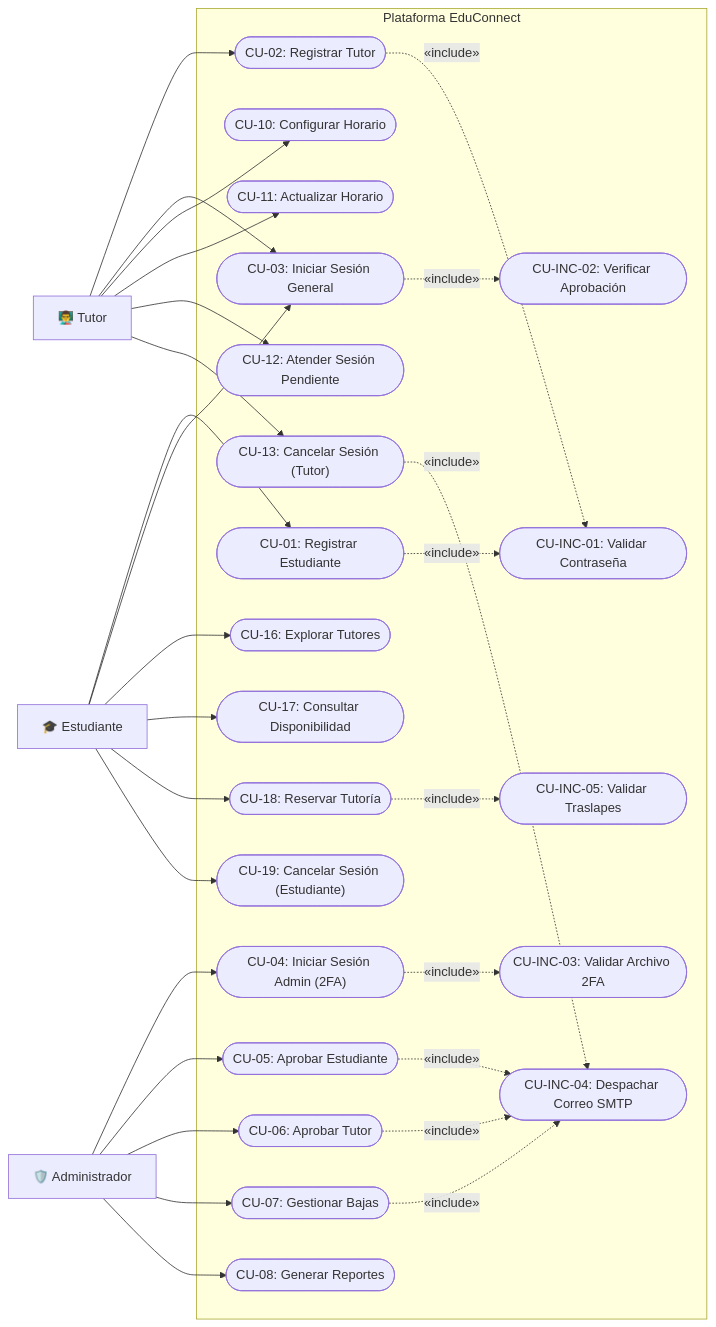
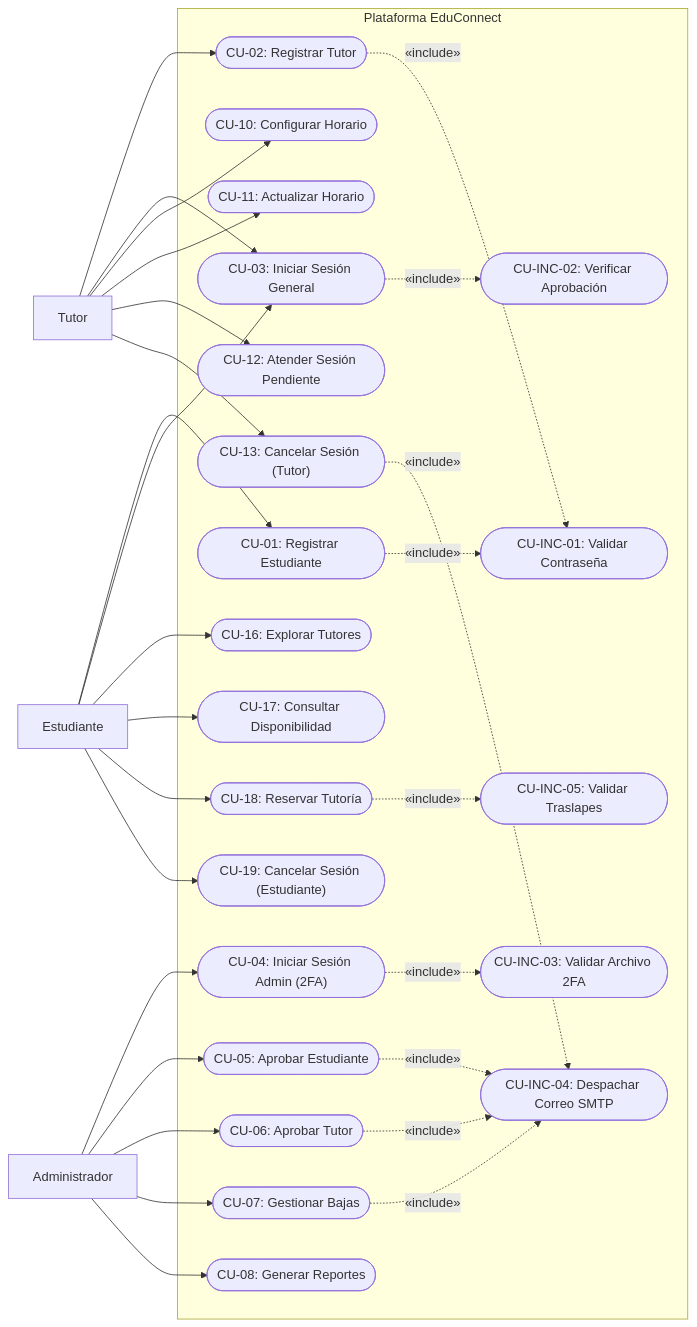
The fourth of 8 diagrams in docs/casos-de-uso/diagrama-casos-de-uso.md (Sebastian-G-0607/AYD1_2S_G7), drawn with Mermaid before and after one commit. The commit also changed other lines of this file, not shown here.

Commit message:
fix: eliminar emojis e iconos del markdown de diagramas de casos de uso

````diff
--- a/docs/casos-de-uso/diagrama-casos-de-uso.md
+++ b/docs/casos-de-uso/diagrama-casos-de-uso.md
@@ -107,64 +107,64 @@
 ```mermaid
 flowchart LR
-    Est["🎓 Estudiante"]
-    Tut["👨‍🏫 Tutor"]
-    Adm["🛡️ Administrador"]
+    Est["Estudiante"]
+    Tut["Tutor"]
+    Adm["Administrador"]
 
     subgraph Sistema ["Plataforma EduConnect"]
         CU01(["CU-01: Registrar Estudiante"])
         CU02(["CU-02: Registrar Tutor"])
         CU03(["CU-03: Iniciar Sesión General"])
         CU04(["CU-04: Iniciar Sesión Admin (2FA)"])
 
         CU10(["CU-10: Configurar Horario"])
         CU11(["CU-11: Actualizar Horario"])
         CU12(["CU-12: Atender Sesión Pendiente"])
         CU13(["CU-13: Cancelar Sesión (Tutor)"])
 
         CU16(["CU-16: Explorar Tutores"])
         CU17(["CU-17: Consultar Disponibilidad"])
         CU18(["CU-18: Reservar Tutoría"])
         CU19(["CU-19: Cancelar Sesión (Estudiante)"])
 
         CU05(["CU-05: Aprobar Estudiante"])
         CU06(["CU-06: Aprobar Tutor"])
         CU07(["CU-07: Gestionar Bajas"])
         CU08(["CU-08: Generar Reportes"])
 
         INC_PASS(["CU-INC-01: Validar Contraseña"])
         INC_AUTH(["CU-INC-02: Verificar Aprobación"])
         INC_2FA(["CU-INC-03: Validar Archivo 2FA"])
         INC_MAIL(["CU-INC-04: Despachar Correo SMTP"])
         INC_OVERLAP(["CU-INC-05: Validar Traslapes"])
     end
 
     Est --> CU01
     Est --> CU03
     Est --> CU16
     Est --> CU17
     Est --> CU18
     Est --> CU19
 
     Tut --> CU02
     Tut --> CU03
     Tut --> CU10
     Tut --> CU11
     Tut --> CU12
     Tut --> CU13
 
     Adm --> CU04
     Adm --> CU05
     Adm --> CU06
     Adm --> CU07
     Adm --> CU08
 
     CU01 -.->|«include»| INC_PASS
     CU02 -.->|«include»| INC_PASS
     CU03 -.->|«include»| INC_AUTH
     CU04 -.->|«include»| INC_2FA
     CU18 -.->|«include»| INC_OVERLAP
     CU05 -.->|«include»| INC_MAIL
     CU06 -.->|«include»| INC_MAIL
     CU07 -.->|«include»| INC_MAIL
     CU13 -.->|«include»| INC_MAIL
 ```
````
